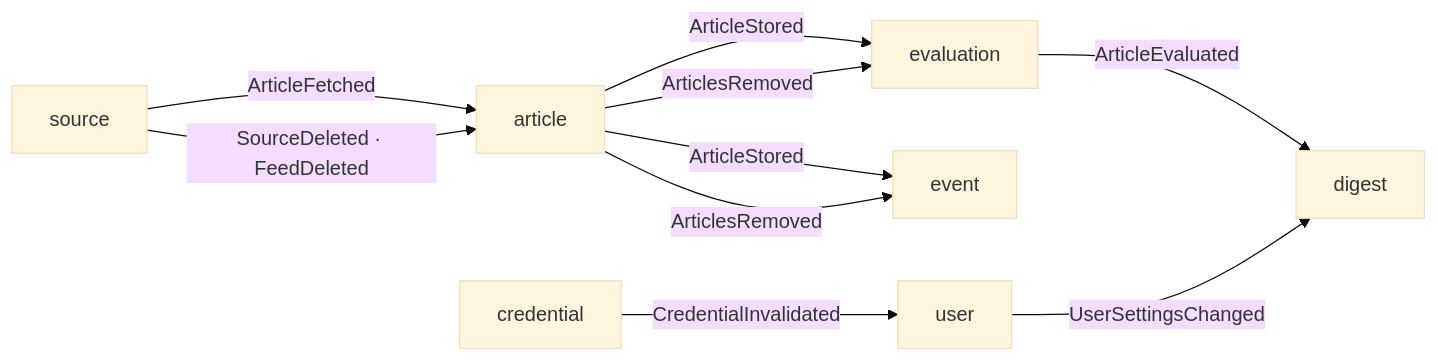
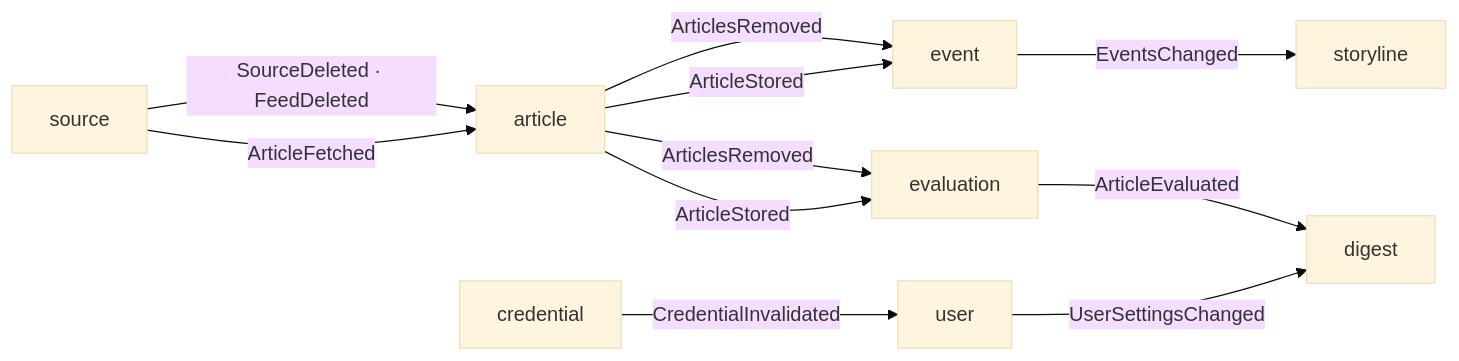
One commit to Theia0382/yozm-news changed the second of 2 diagrams in docs/overview.md. Above: the diagram before and after it, drawn with Mermaid (base theme). The commit also changed other lines of this file and 13 other files, not shown here.

````diff
--- a/docs/overview.md
+++ b/docs/overview.md
@@ -137,12 +137,13 @@
 ```mermaid
 flowchart LR
     source -- ArticleFetched --> article
     source -- SourceDeleted · FeedDeleted --> article
     article -- ArticleStored --> evaluation
     article -- ArticlesRemoved --> evaluation
     article -- ArticleStored --> event
     article -- ArticlesRemoved --> event
+    event -- EventsChanged --> storyline
     evaluation -- ArticleEvaluated --> digest
     user -- UserSettingsChanged --> digest
     credential -- CredentialInvalidated --> user
 ```
````
